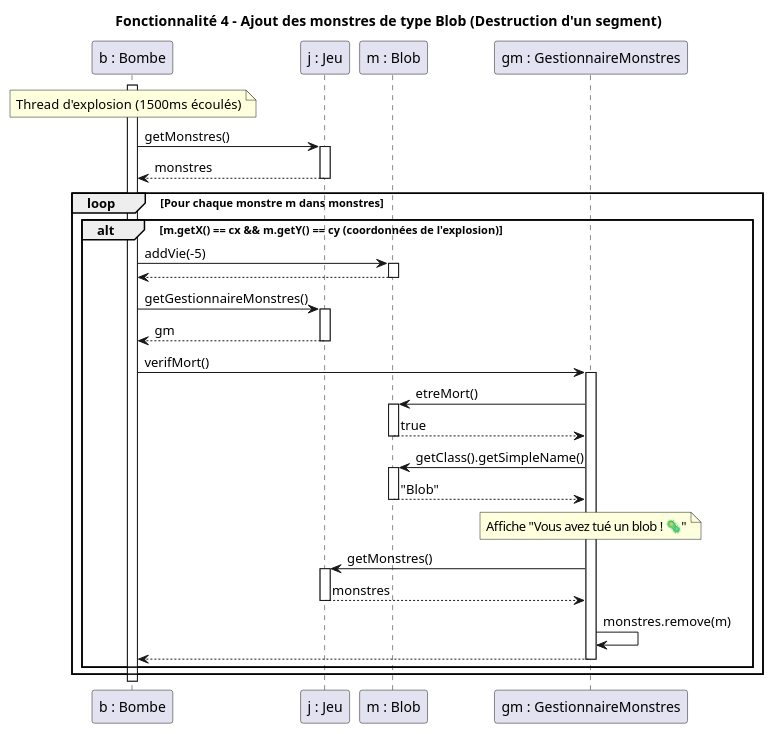
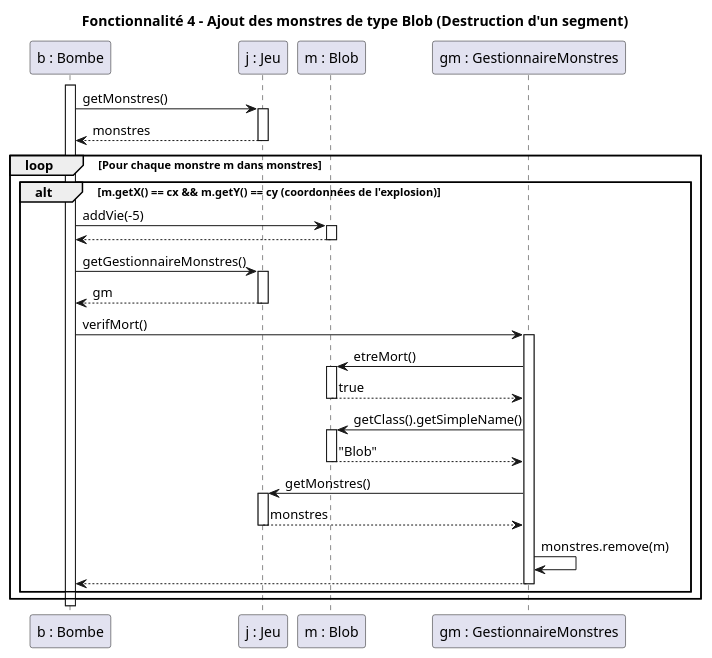
The diagram in documents/version_4/Diagrammes Séquence/Fonctionnalité 4.puml (lucas-martinati-pro/SAE_S2.01_Zeldiablo-LucasM_JeanLM_PierreGSV), drawn with PlantUML before and after one commit. The commit also changed 1 other file, not shown here.

```diff
--- a/documents/version_4/Diagrammes Séquence/Fonctionnalité 4.puml
+++ b/documents/version_4/Diagrammes Séquence/Fonctionnalité 4.puml
@@ -1,55 +1,52 @@
 @startuml
 title Fonctionnalité 4 - Ajout des monstres de type Blob (Destruction d'un segment)
 
 participant "b : Bombe" as Bombe
 participant "j : Jeu" as Jeu
 participant "m : Blob" as Blob
 participant "gm : GestionnaireMonstres" as GM
 
 activate Bombe
-note over Bombe: Thread d'explosion (1500ms écoulés)
 Bombe -> Jeu : getMonstres()
 activate Jeu
 Jeu --> Bombe : monstres
 deactivate Jeu
 
 loop Pour chaque monstre m dans monstres
     alt m.getX() == cx && m.getY() == cy (coordonnées de l'explosion)
         Bombe -> Blob : addVie(-5)
         activate Blob
         Blob --> Bombe
         deactivate Blob
-        
+
         Bombe -> Jeu : getGestionnaireMonstres()
         activate Jeu
         Jeu --> Bombe : gm
         deactivate Jeu
-        
+
         Bombe -> GM : verifMort()
         activate GM
-        
+
         GM -> Blob : etreMort()
         activate Blob
         Blob --> GM : true
         deactivate Blob
-        
+
         GM -> Blob : getClass().getSimpleName()
         activate Blob
         Blob --> GM : "Blob"
         deactivate Blob
-        
-        note over GM: Affiche "Vous avez tué un blob ! 🦠"
-        
+
         GM -> Jeu : getMonstres()
         activate Jeu
         Jeu --> GM : monstres
         deactivate Jeu
-        
+
         GM -> GM : monstres.remove(m)
-        
+
         GM --> Bombe
         deactivate GM
     end
 end
 deactivate Bombe
 @enduml
```
